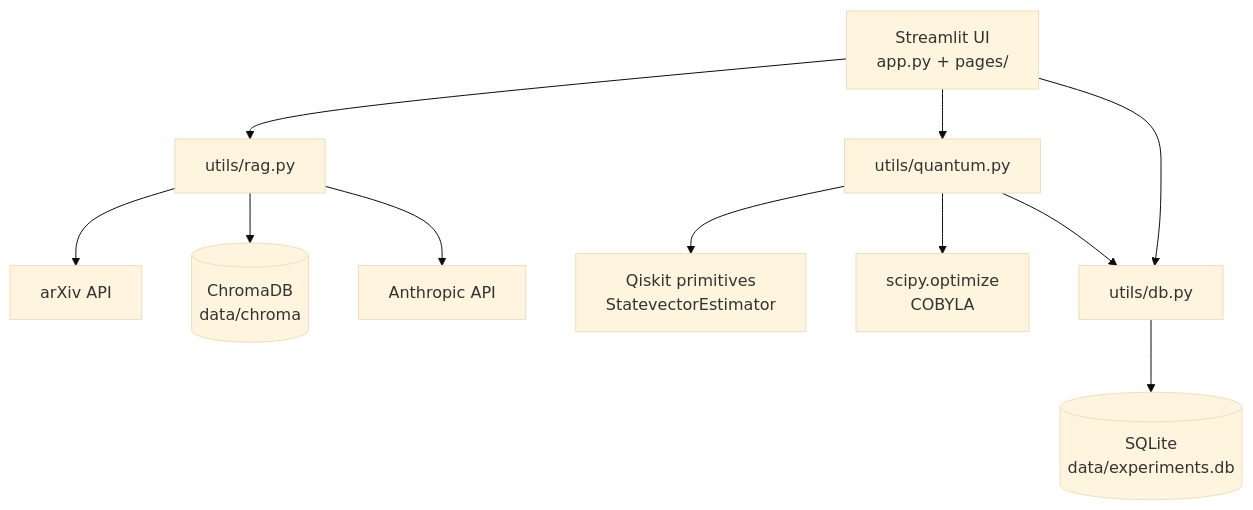
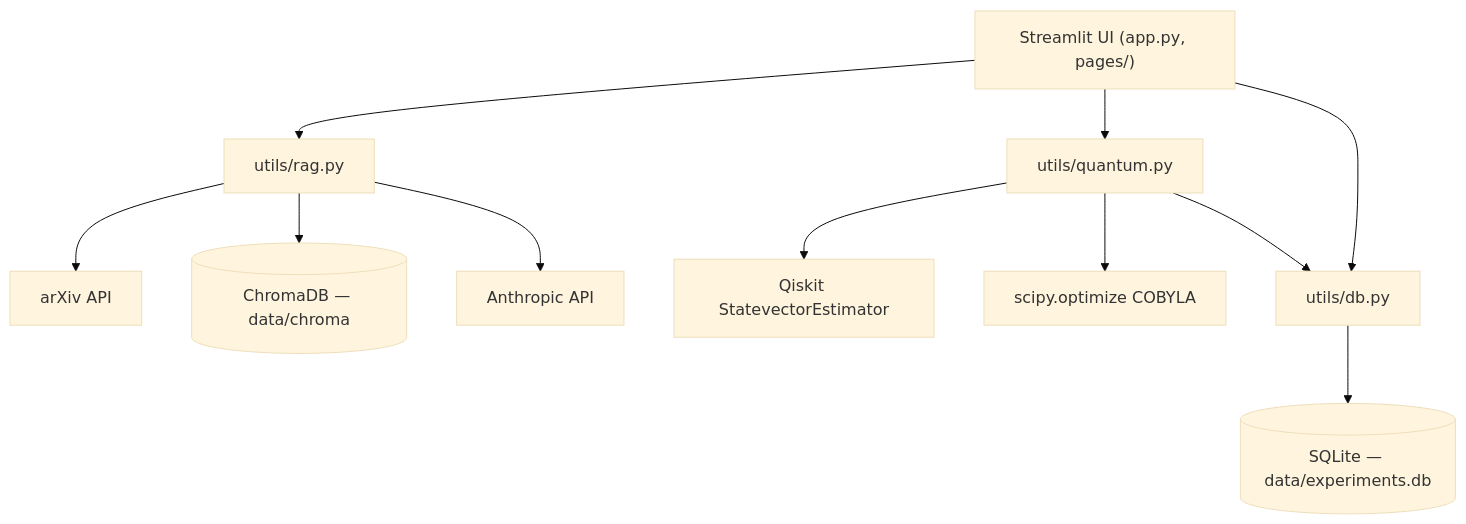
Before and after one commit to s-kubori/quantum-rd-tool: the diagram in README.md, drawn with Mermaid (base theme).

Commit message:
docs: use single-line Mermaid labels

````diff
--- a/README.md
+++ b/README.md
@@ -54,18 +54,18 @@
 ```mermaid
 flowchart TD
-    UI["Streamlit UI<br/>app.py + pages/"]
+    UI["Streamlit UI (app.py, pages/)"]
 
     UI --> RAG["utils/rag.py"]
     UI --> QC["utils/quantum.py"]
     UI --> DB["utils/db.py"]
 
     RAG --> ARXIV["arXiv API"]
-    RAG --> CHROMA[("ChromaDB<br/>data/chroma")]
+    RAG --> CHROMA[("ChromaDB — data/chroma")]
     RAG --> CLAUDE["Anthropic API"]
 
-    QC --> QISKIT["Qiskit primitives<br/>StatevectorEstimator"]
-    QC --> SCIPY["scipy.optimize<br/>COBYLA"]
+    QC --> QISKIT["Qiskit StatevectorEstimator"]
+    QC --> SCIPY["scipy.optimize COBYLA"]
     QC --> DB
 
-    DB --> SQLITE[("SQLite<br/>data/experiments.db")]
+    DB --> SQLITE[("SQLite — data/experiments.db")]
 ```
````
